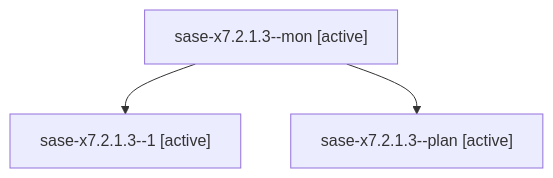
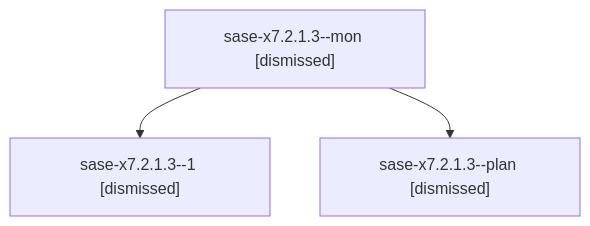
The diagram in sessions/bbugyi200.athena.sase-x7.2.1.3.md (sase-org/sase--agents), drawn with Mermaid before and after one commit. The commit also changed other lines of this file and 397 other files, not shown here.

````diff
--- a/sessions/bbugyi200.athena.sase-x7.2.1.3.md
+++ b/sessions/bbugyi200.athena.sase-x7.2.1.3.md
@@ -9,8 +9,8 @@
 ```mermaid
 flowchart TD
-  n0["sase-x7.2.1.3--mon [active]"]
-  n1["sase-x7.2.1.3--1 [active]"]
+  n0["sase-x7.2.1.3--mon [dismissed]"]
+  n1["sase-x7.2.1.3--1 [dismissed]"]
   n0 --> n1
-  n2["sase-x7.2.1.3--plan [active]"]
+  n2["sase-x7.2.1.3--plan [dismissed]"]
   n0 --> n2
 ```
````
